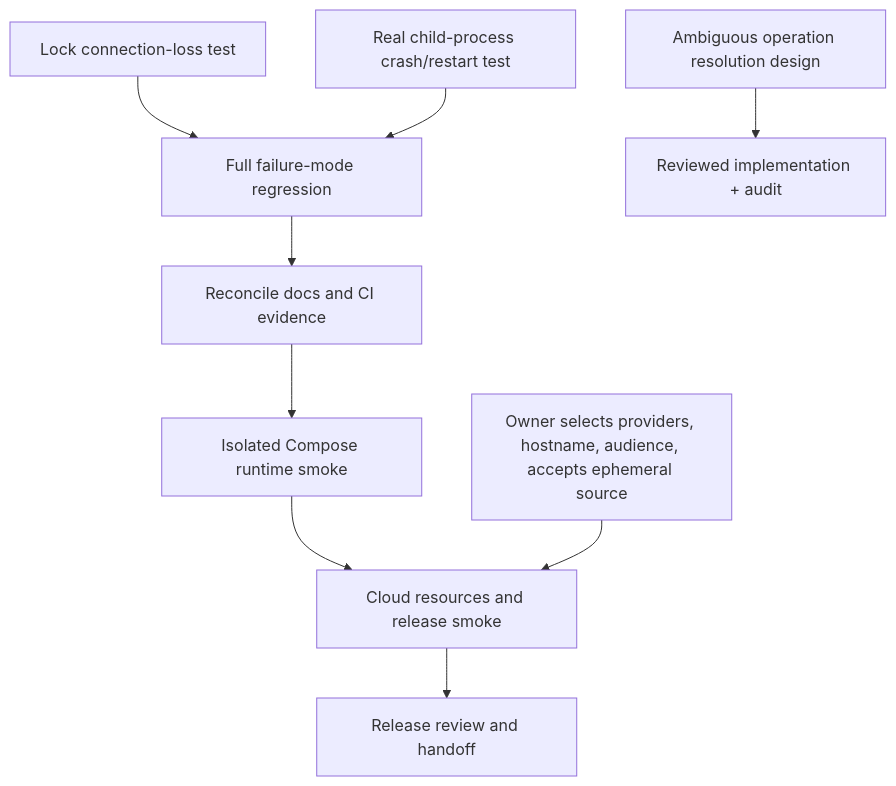
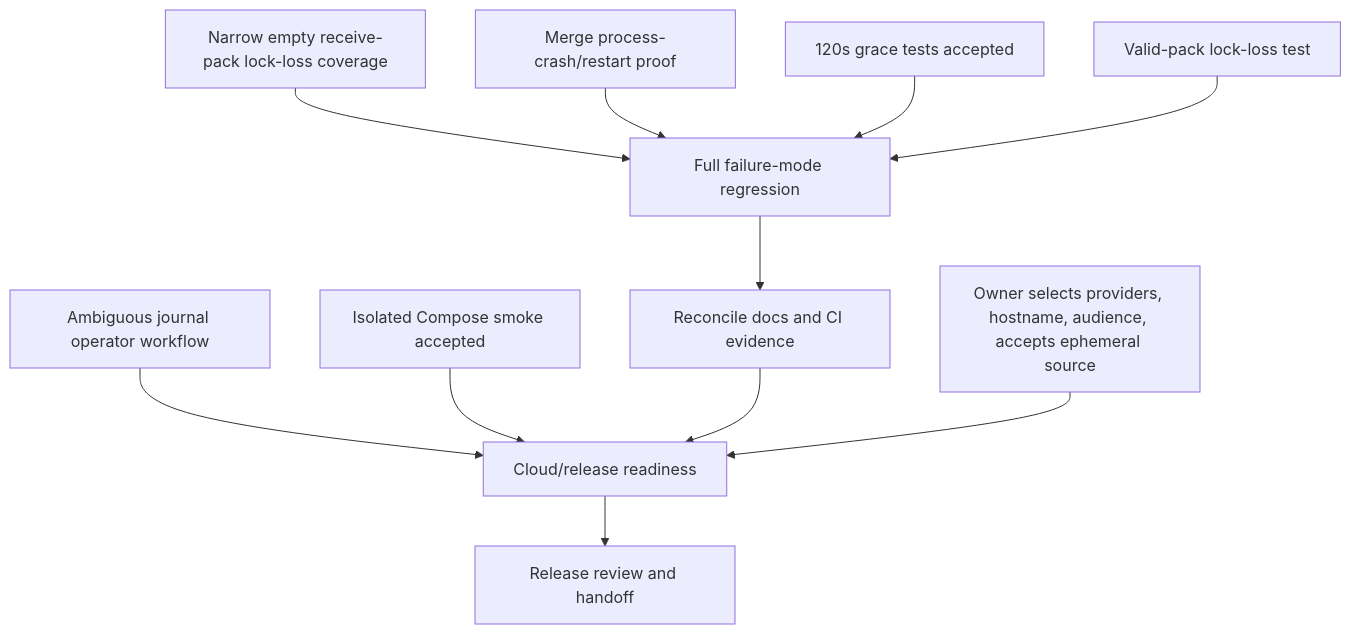
One commit to VuLeCoder/Code-forge changed the second of 2 diagrams in docs/operations/acceptance-task-board-2026-10-25.md. Above: the diagram before and after it, drawn with Mermaid. The commit also changed other lines of this file and 7 other files, not shown here.

````diff
--- a/docs/operations/acceptance-task-board-2026-10-25.md
+++ b/docs/operations/acceptance-task-board-2026-10-25.md
@@ -81,11 +96,13 @@
 ```mermaid
 flowchart TD
-  A[Lock connection-loss test] --> D[Full failure-mode regression]
-  B[Real child-process crash/restart test] --> D
-  C[Ambiguous operation resolution design] --> E[Reviewed implementation + audit]
-  D --> F[Reconcile docs and CI evidence]
-  F --> G[Isolated Compose runtime smoke]
-  G --> H[Cloud resources and release smoke]
-  U[Owner selects providers, hostname, audience, accepts ephemeral source] --> H
-  H --> I[Release review and handoff]
+  A[Narrow empty receive-pack lock-loss coverage] --> D[Full failure-mode regression]
+  B[Merge process-crash/restart proof] --> D
+  E[120s grace tests accepted] --> D
+  F[Valid-pack lock-loss test] --> D
+  C[Ambiguous journal operator workflow] --> J[Cloud/release readiness]
+  D --> G[Reconcile docs and CI evidence]
+  H[Isolated Compose smoke accepted] --> J
+  G --> J
+  I[Owner selects providers, hostname, audience, accepts ephemeral source] --> J
+  J --> K[Release review and handoff]
 ```
````
